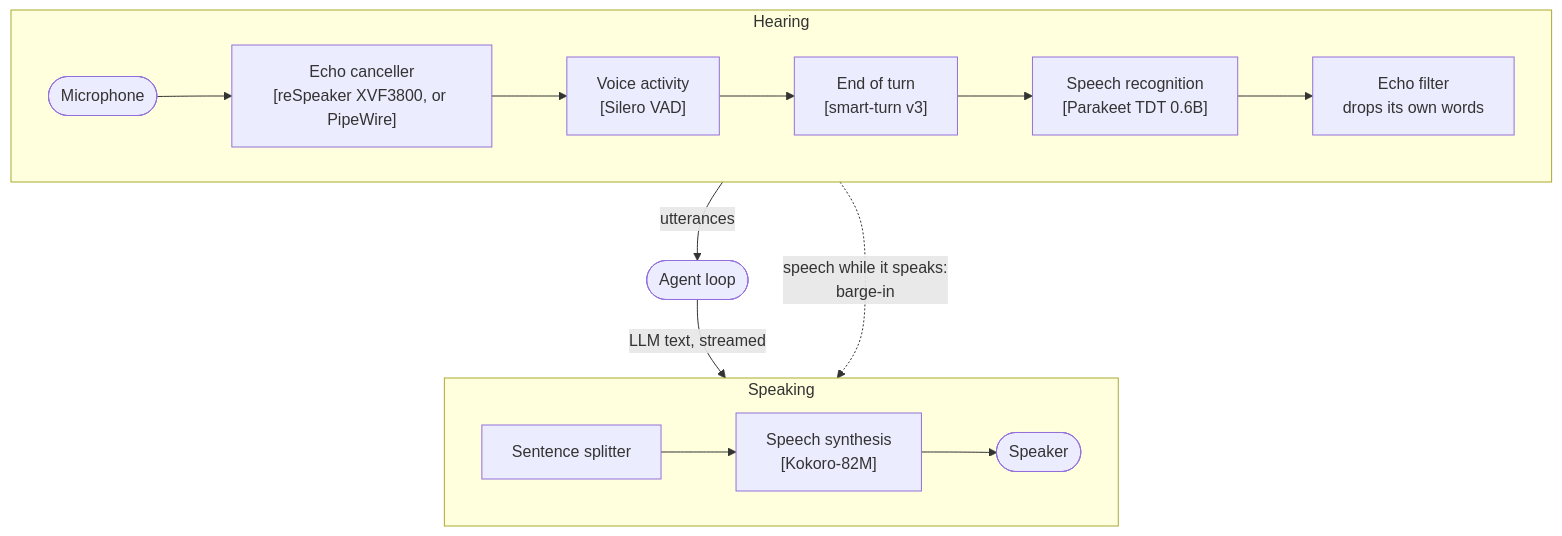
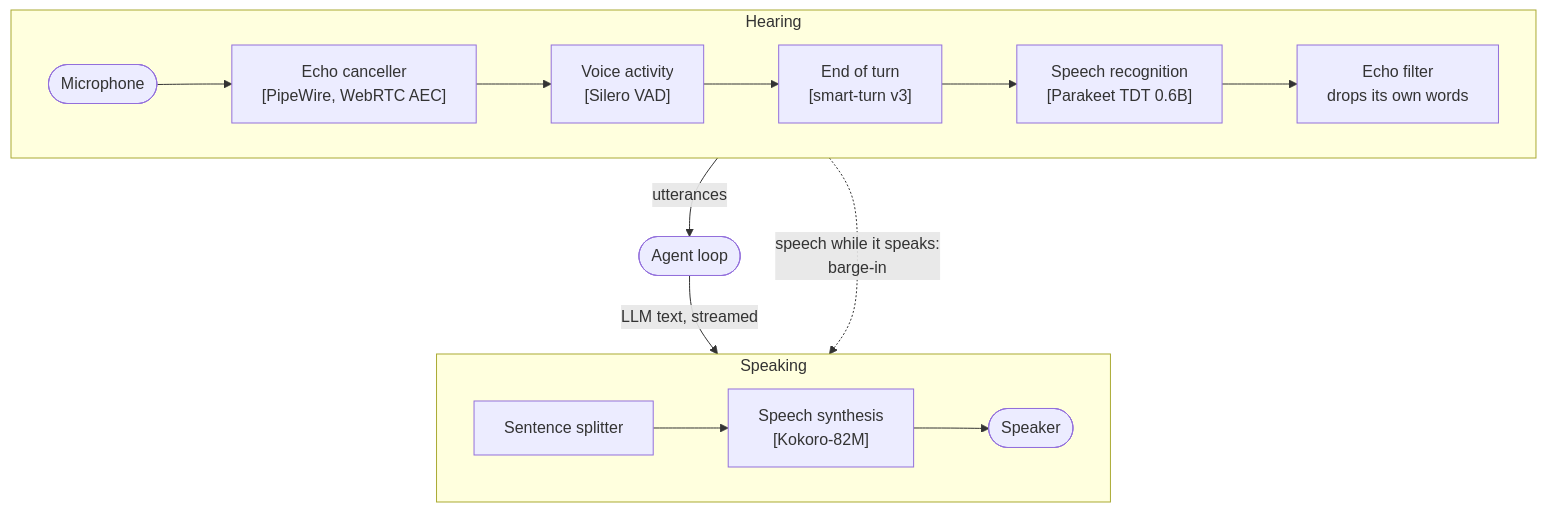
One commit to lokiledev/robot-voice-agent changed the fourth of 9 diagrams in docs/ARCHITECTURE.md. Above: the diagram before and after it, drawn with Mermaid. The commit also changed other lines of this file and 4 other files, not shown here.

First line of the commit message:
Cancel the echo in PipeWire, listening to the reSpeaker array

````diff
--- a/docs/ARCHITECTURE.md
+++ b/docs/ARCHITECTURE.md
@@ -139,20 +139,20 @@
 ```mermaid
 flowchart TB
     subgraph hearing ["Hearing"]
         direction LR
-        mic([Microphone]) --> aec["Echo canceller<br/>[reSpeaker XVF3800, or PipeWire]"]
+        mic([Microphone]) --> aec["Echo canceller<br/>[PipeWire, WebRTC AEC]"]
         aec --> vad["Voice activity<br/>[Silero VAD]"]
         vad --> turn["End of turn<br/>[smart-turn v3]"]
         turn --> asr["Speech recognition<br/>[Parakeet TDT 0.6B]"]
         asr --> echo["Echo filter<br/>drops its own words"]
     end
     loop([Agent loop])
     subgraph speaking ["Speaking"]
         direction LR
         split["Sentence splitter"] --> tts["Speech synthesis<br/>[Kokoro-82M]"]
         tts --> spk([Speaker])
     end
     hearing -- "utterances" --> loop
     loop -- "LLM text, streamed" --> speaking
     hearing -. "speech while it speaks:<br/>barge-in" .-> speaking
 ```
````
